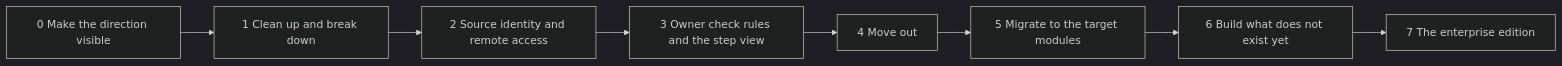
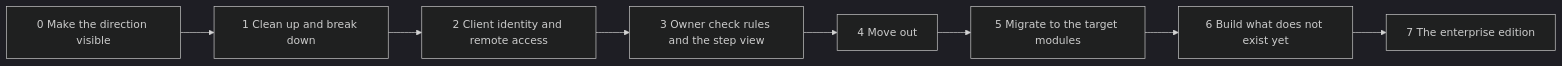
The first of 2 diagrams in docs/roadmap.md (hybroai/hybro), drawn with Mermaid (dark theme) before and after one commit. The commit also changed other lines of this file and 91 other files, not shown here.

First line of the commit message:
refactor!: rename the concept Source to Client in the contract and documents

````diff
--- a/docs/roadmap.md
+++ b/docs/roadmap.md
@@ -5,10 +5,10 @@
 ```mermaid
 flowchart LR
     p0["0 Make the direction visible"] --> p1["1 Clean up and break down"]
-    p1 --> p2["2 Source identity and remote access"]
+    p1 --> p2["2 Client identity and remote access"]
     p2 --> p3["3 Owner check rules and the step view"]
     p3 --> p4["4 Move out"]
     p4 --> p5["5 Migrate to the target modules"]
     p5 --> p6["6 Build what does not exist yet"]
     p6 --> p7["7 The enterprise edition"]
 ```
````
